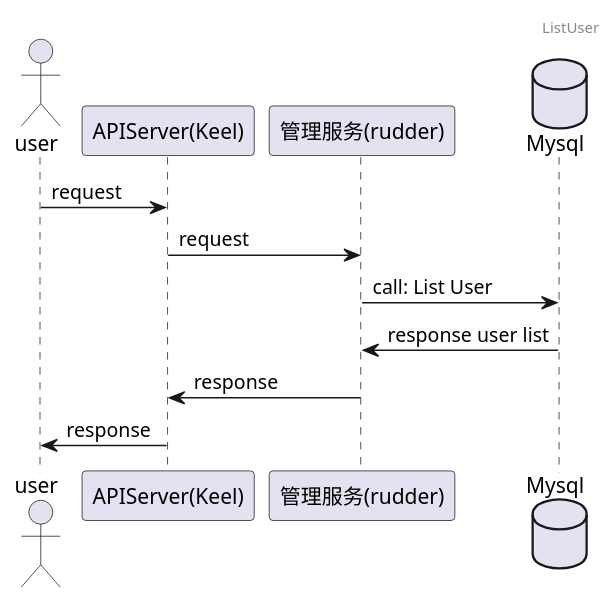
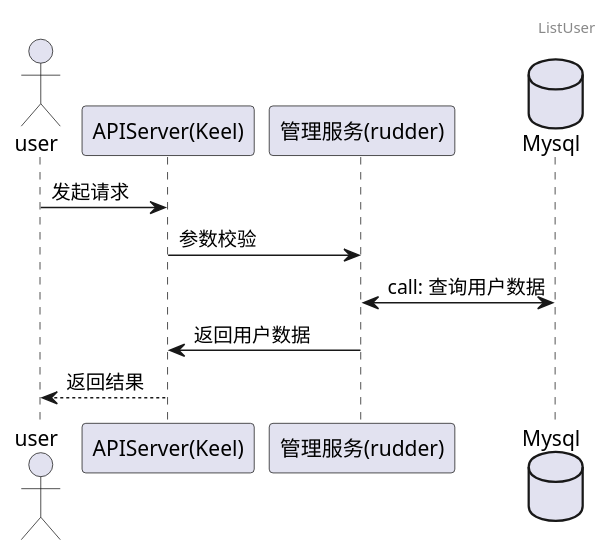
Before and after one commit to tkeel-io/docs: the fourth of 6 diagrams in docs/api/appendix/plantuml/tenant-manager-admin.md, drawn with PlantUML. The commit also changed other lines of this file, not shown here.

````diff
--- a/docs/api/appendix/plantuml/tenant-manager-admin.md
+++ b/docs/api/appendix/plantuml/tenant-manager-admin.md
@@ -67,15 +64,14 @@
 ```plantuml
 @startuml
 header ListUser
 actor user
 participant "APIServer(Keel)"  as keel
 participant "管理服务(rudder)"  as tenantService
 database "Mysql" as DB
-user->keel:request
-keel->tenantService:request
-tenantService->DB:call: List User
-DB->tenantService: response user list
-tenantService->keel:response
-keel->user:response
+user->keel:发起请求
+keel->tenantService:参数校验
+tenantService<->DB:call: 查询用户数据
+tenantService->keel:返回用户数据
+keel-->user:返回结果
 @enduml
 ```
````
